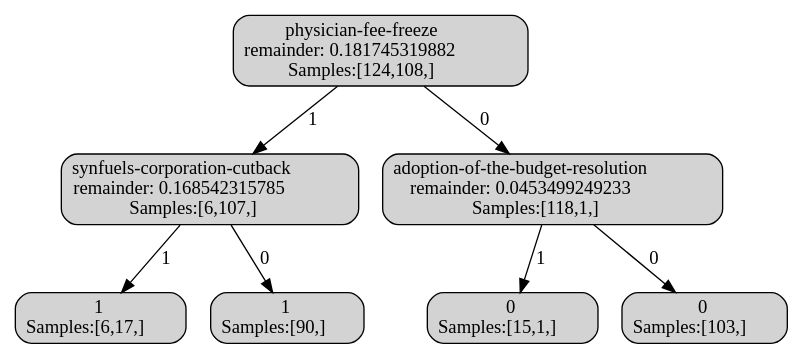
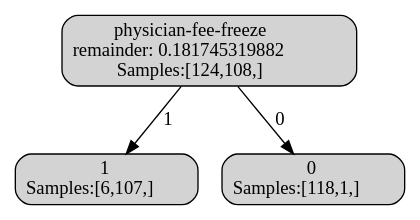
One commit to 14corman/AIDescisionTree changed the diagram in data/house-votes-84.dot. Above: the diagram before and after it, drawn with Graphviz. The commit also changed 6 other files, not shown here.

```diff
--- a/data/house-votes-84.dot
+++ b/data/house-votes-84.dot
@@ -1,21 +1,11 @@
 digraph G {
   1 [label=<physician-fee-freeze<br/>remainder: 0.181745319882<br/>Samples:[124,108,]>,
      shape=box, style="rounded,filled", ];
-  2 [label=<synfuels-corporation-cutback<br/>remainder: 0.168542315785<br/>Samples:[6,107,]>,
-     shape=box, style="rounded,filled", ];
-  3 [label=<1<br/>Samples:[6,17,]>, shape=box, style="rounded,filled", ];
-  4 [label=<1<br/>Samples:[90,]>, shape=box, style="rounded,filled", ];
-  5 [label=<adoption-of-the-budget-resolution<br/>remainder: 0.0453499249233<br/>Samples:[118,1,]>,
-     shape=box, style="rounded,filled", ];
-  6 [label=<0<br/>Samples:[15,1,]>, shape=box, style="rounded,filled", ];
-  7 [label=<0<br/>Samples:[103,]>, shape=box, style="rounded,filled", ];
+  2 [label=<1<br/>Samples:[6,107,]>, shape=box, style="rounded,filled", ];
+  3 [label=<0<br/>Samples:[118,1,]>, shape=box, style="rounded,filled", ];
   
   
   1 -> 2 [label="1", ];
-  1 -> 5 [label="0", ];
-  2 -> 3 [label="1", ];
-  2 -> 4 [label="0", ];
-  5 -> 6 [label="1", ];
-  5 -> 7 [label="0", ];
+  1 -> 3 [label="0", ];
   
   }
```
